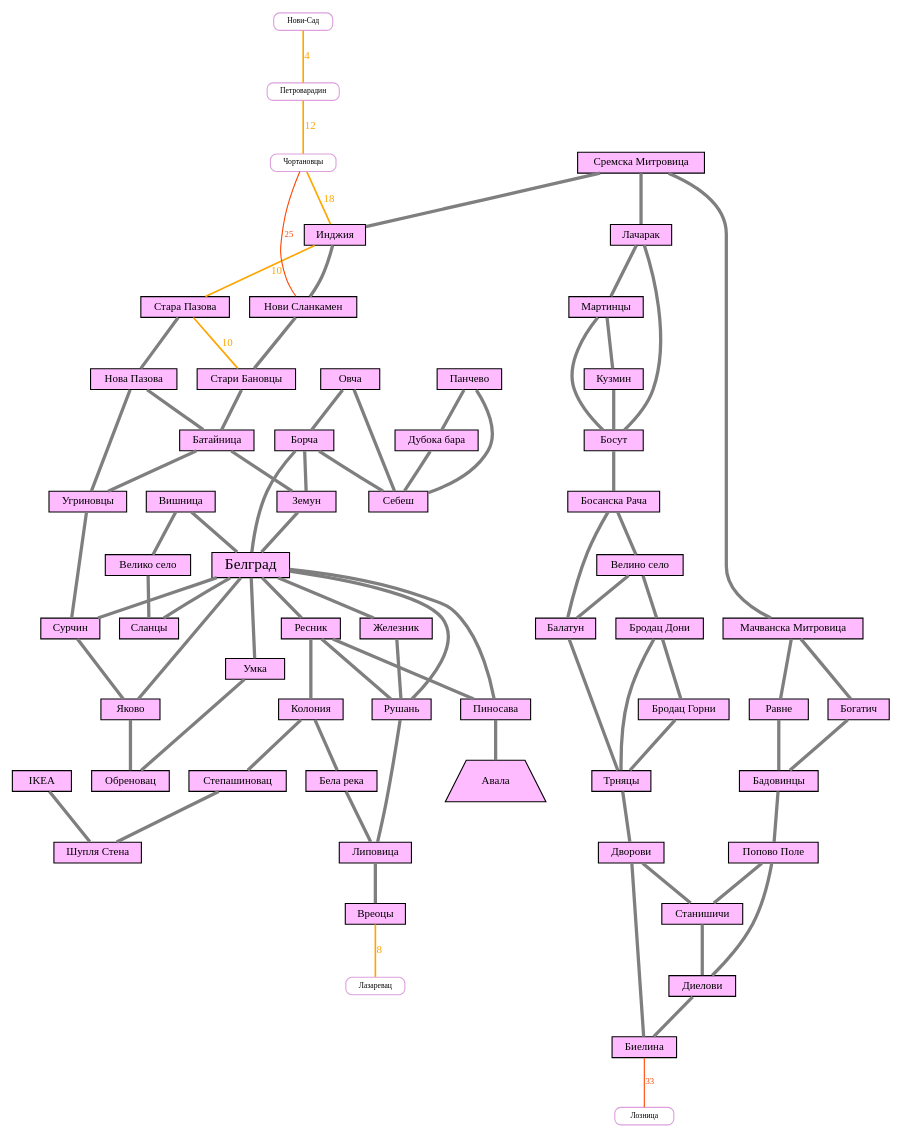
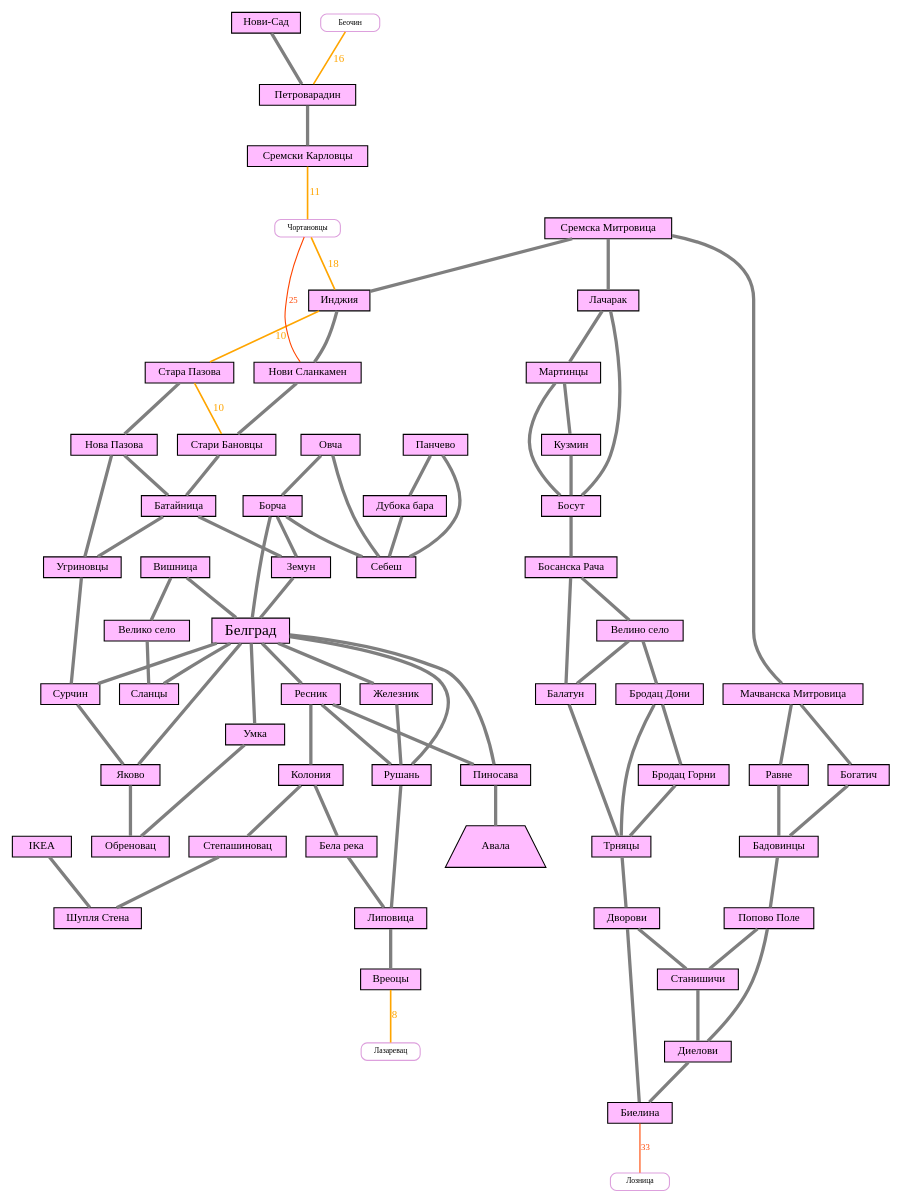
The diagram in serbia.dot (shoorick/bike-area), drawn with Graphviz before and after one commit. The commit also changed 3 other files, not shown here.

Commit message:
Expand Serbian graph: add Novi Sad area

```diff
--- a/serbia.dot
+++ b/serbia.dot
@@ -1,73 +1,75 @@
 graph G {
     node [ shape=box, fontsize=10, fontname="Droid Sans", style=filled, height=0.2 ]
     edge [ color=gray50, penwidth=3, fontname="Droid Sans" ]
     graph [ overlap=false ]
 
     subgraph belgrade {
     node [ fillcolor=plum1 ]
     Белград [ fontsize=14 ]
     Авала [shape=trapezium]
 
     "Стара Пазова" -- "Нова Пазова" -- Батайница -- Земун -- Белград
     Белград -- {Ресник Рушань Сланцы Сурчин}
     Вишница -- "Велико село" -- Сланцы
     Вишница -- Белград
     Ресник -- Рушань -- Липовица -- Вреоцы
     Ресник -- Пиносава
     Ресник -- Колония -- "Бела река" -- Липовица
     Колония -- Степашиновац -- "Шупля Стена"
     IKEA -- "Шупля Стена"
     Белград -- Пиносава -- Авала
     Белград -- Железник -- Рушань
     "Сремска Митровица" -- Инджия -- "Нови Сланкамен" -- "Стари Бановцы" -- Батайница
     "Нова Пазова" -- Угриновцы
     Батайница -- Угриновцы -- Сурчин -- Яково
     Овча -- Борча -- Белград -- Яково -- Обреновац
     Белград -- Умка -- Обреновац
     Овча -- Себеш
     Борча -- Себеш
     Борча -- Земун
     Панчево -- Себеш
     Панчево -- "Дубока бара" -- Себеш
 
     "Сремска Митровица" -- Лачарак -- Мартинцы -- Кузмин -- Босут
     Лачарак -- Босут
     Мартинцы -- Босут -- "Босанска Рача" -- Балатун -- Трняцы
     "Босанска Рача" -- "Велино село" -- "Бродац Дони" -- "Бродац Горни" -- Трняцы
     "Велино село" -- Балатун
     "Бродац Дони" -- Трняцы -- Дворови -- Биелина
     Дворови -- Станишичи -- Диелови -- Биелина
     "Сремска Митровица" -- "Мачванска Митровица" -- { Равне Богатич } -- Бадовинцы
     Бадовинцы -- "Попово Поле" -- Станишичи
     "Попово Поле" -- Диелови
+
+    "Нови-Сад" -- Петроварадин -- "Сремски Карловцы"
 }
 
 subgraph failed {
     node [ shape=Mrecord,fillcolor=white,color=plum,fontsize=7, height=0.1 ]
 
     // Ближайшие — можно пройти за час, до 15-20 км
     edge [ color=orange, fontcolor=orange, fontsize=10, penwidth=1.5 ]
     Инджия -- "Стара Пазова" [ label=10 ]
     "Стара Пазова" -- "Стари Бановцы" [ label=10 ]
     Вреоцы -- Лазаревац [ label=8 ]
 
-    "Нови-Сад" -- Петроварадин [ label=4 ]
-    Петроварадин -- Чортановцы [ label=12 ]
+    Беочин -- Петроварадин [ label=16 ]
+    "Сремски Карловцы" -- Чортановцы [ label=11 ]
     Чортановцы -- Инджия [ label=18 ]
 
     // Ближние, до 40 км
     edge [ color=orangered, fontcolor=orangered, fontsize=8, penwidth=1 ]
     Чортановцы -- "Нови Сланкамен" [ label=25 ]
     Биелина -- Лозница [ label=33 ]
 
     // Средние — можно пройти за день
     // edge [ color=red, fontcolor=red, style="dashed" ]
 
     // Дальние (от 100 км)
     //edge [ color=plum, fontcolor=plum, style="dotted" ]
 
     // Самые дальние — нереально проехать
     // edge [ color=skyblue, fontcolor=skyblue ]
 }
 
 }
```
